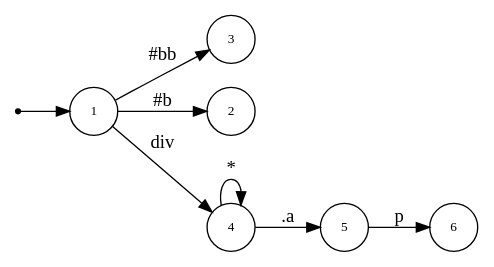
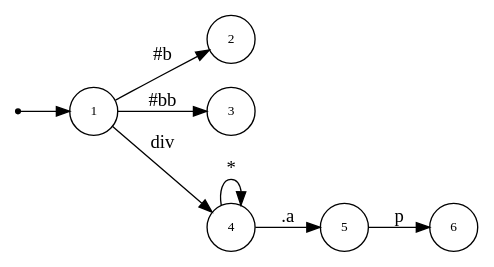
The diagram in css-gen-op/testcase/dot_tri.dot (asukaminato0721/css-bitvector-compiler), drawn with Graphviz before and after one commit. The commit also changed other lines of this file and 20 other files, not shown here.

```diff
--- a/css-gen-op/testcase/dot_tri.dot
+++ b/css-gen-op/testcase/dot_tri.dot
@@ -1,19 +1,19 @@
 digraph NFA {
   rankdir=LR;
   node [shape=circle, fontsize=10];
   __start [shape=point, label=""];
   __start -> 1;
+  2 [label="2"];
   3 [label="3"];
-  6 [label="6"];
-  2 [label="2"];
+  4 [label="4"];
   1 [label="1"];
   5 [label="5"];
-  4 [label="4"];
+  6 [label="6"];
   { node [shape=doublecircle]; 2 3 6 }
   1 -> 2 [label="#b"];
   1 -> 3 [label="#bb"];
   1 -> 4 [label="div"];
   4 -> 4 [label="*"];
   4 -> 5 [label=".a"];
   5 -> 6 [label="p"];
 }
```
